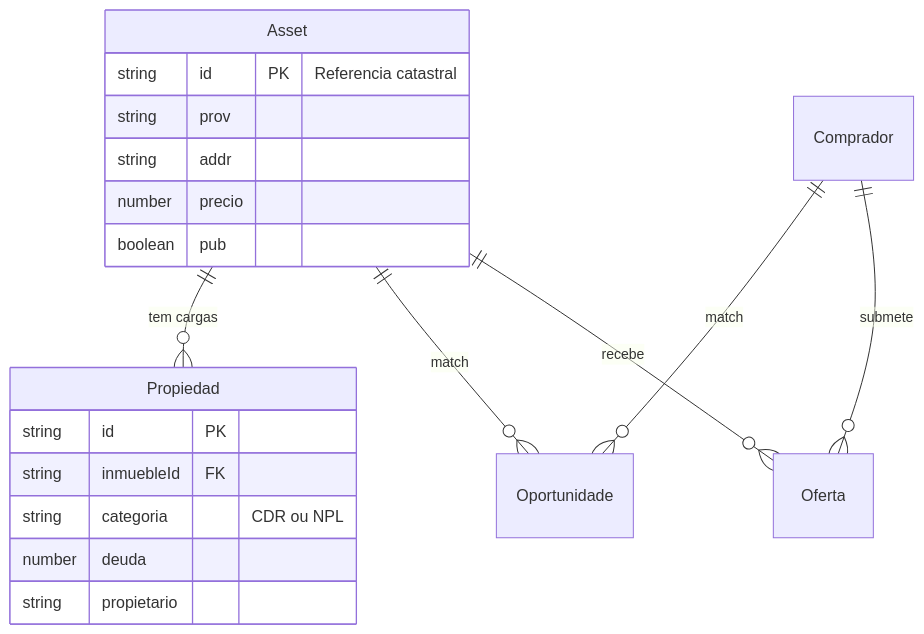
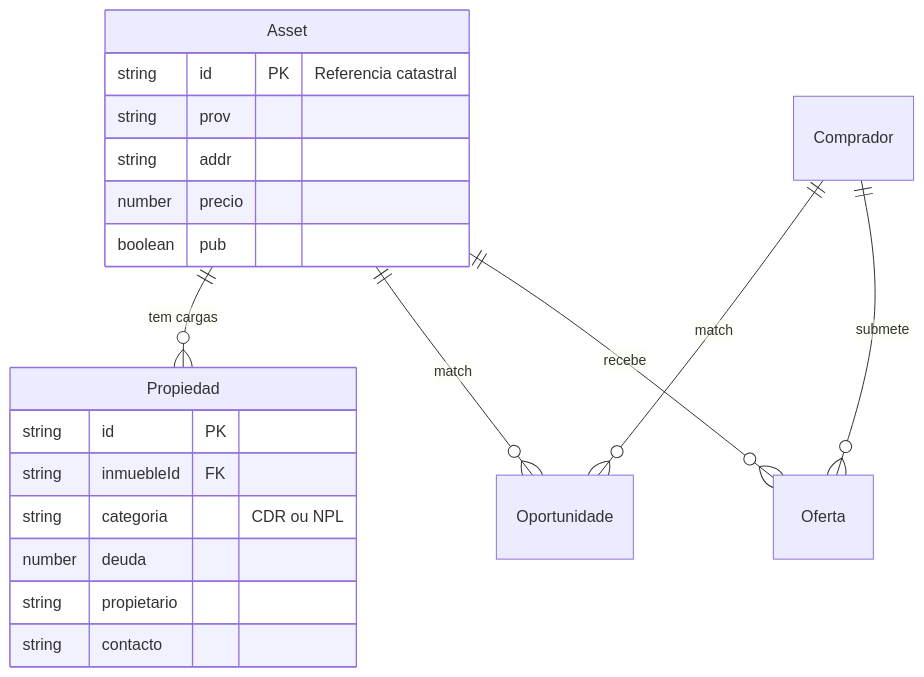
One commit to ArturoRiosMock/unihabitat_rafael_vercel-fork changed the diagram in docs/arquitetura/modelo-dados.md. Above: the diagram before and after it, drawn with Mermaid. The commit also changed other lines of this file and 19 other files, not shown here.

````diff
--- a/docs/arquitetura/modelo-dados.md
+++ b/docs/arquitetura/modelo-dados.md
@@ -18,22 +18,23 @@
 ```mermaid
 erDiagram
   Asset ||--o{ Propiedad : "tem cargas"
   Asset {
     string id PK "Referencia catastral"
     string prov
     string addr
     number precio
     boolean pub
   }
   Propiedad {
     string id PK
     string inmuebleId FK
     string categoria "CDR ou NPL"
     number deuda
     string propietario
+    string contacto
   }
   Comprador ||--o{ Oportunidade : "match"
   Asset ||--o{ Oportunidade : "match"
   Comprador ||--o{ Oferta : "submete"
   Asset ||--o{ Oferta : "recebe"
 ```
````
